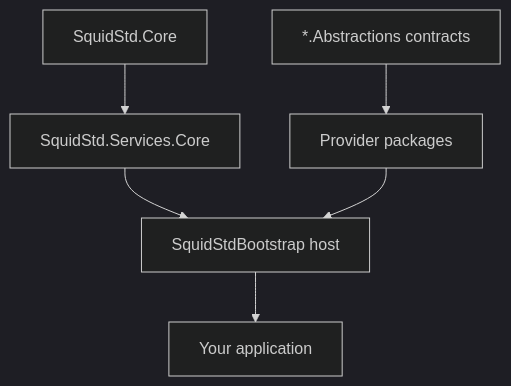
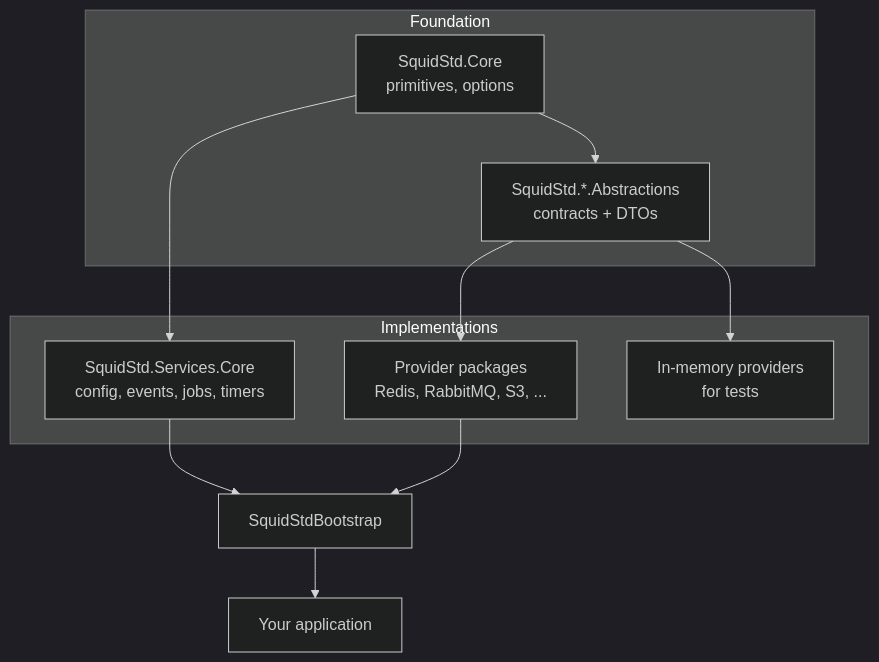
Before and after one commit to tgiachi/squid-std: the diagram in docs/articles/concepts/architecture.md, drawn with Mermaid (dark theme). The commit also changed 4 other files, not shown here.

Commit message:
docs: add mermaid diagrams for architecture, messaging, network pipeline, VFS decorators and event loop

````diff
--- a/docs/articles/concepts/architecture.md
+++ b/docs/articles/concepts/architecture.md
@@ -22,8 +22,19 @@
 ```mermaid
 graph TD
-  Core[SquidStd.Core] --> Services[SquidStd.Services.Core]
-  Abstr[*.Abstractions contracts] --> Providers[Provider packages]
-  Services --> Host[SquidStdBootstrap host]
+  subgraph Foundation
+    Core[SquidStd.Core<br/>primitives, options]
+    Abstr[SquidStd.*.Abstractions<br/>contracts + DTOs]
+  end
+  subgraph Implementations
+    Services[SquidStd.Services.Core<br/>config, events, jobs, timers]
+    Providers[Provider packages<br/>Redis, RabbitMQ, S3, ...]
+    InMem[In-memory providers<br/>for tests]
+  end
+  Core --> Services
+  Core --> Abstr
+  Abstr --> Providers
+  Abstr --> InMem
+  Services --> Host[SquidStdBootstrap]
   Providers --> Host
   Host --> App[Your application]
 ```
````
